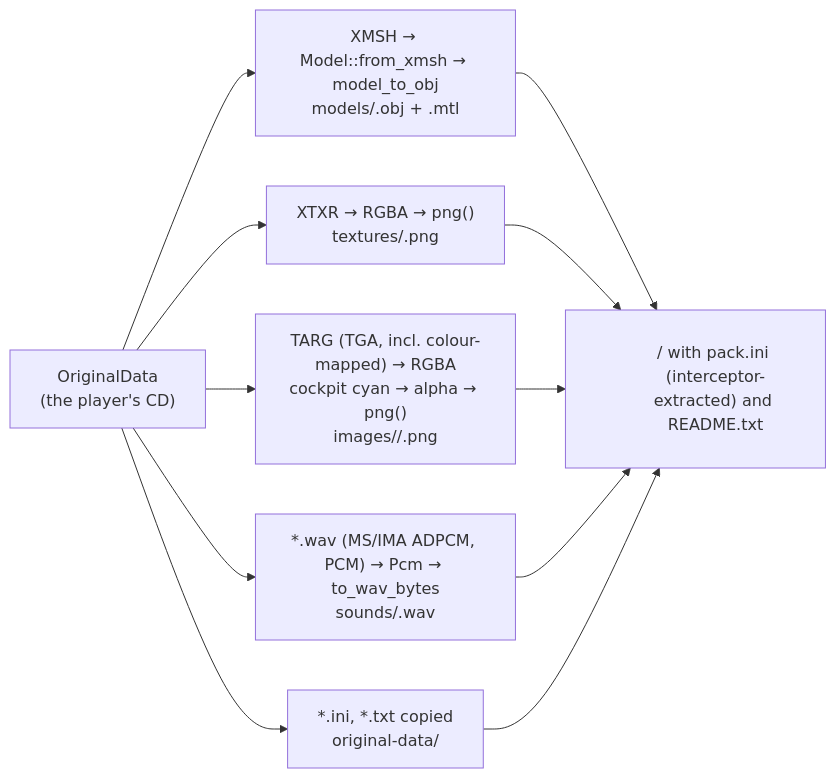
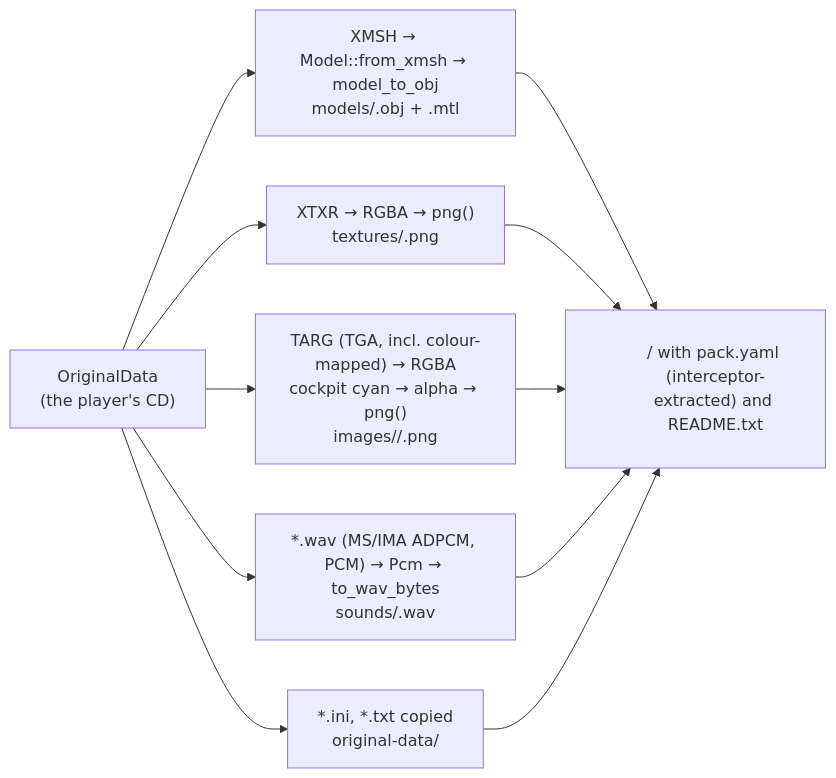
Before and after one commit to bbogovich/OpenInterceptor: the diagram in docs/architecture/extract.md, drawn with Mermaid. The commit also changed other lines of this file and 56 other files, not shown here.

````diff
--- a/docs/architecture/extract.md
+++ b/docs/architecture/extract.md
@@ -9,9 +9,9 @@
 ```mermaid
 flowchart LR
     CD["OriginalData<br/>(the player's CD)"] --> M["XMSH → Model::from_xmsh → model_to_obj<br/>models/<name>.obj + .mtl"]
     CD --> T["XTXR → RGBA → png()<br/>textures/<name>.png"]
     CD --> I["TARG (TGA, incl. colour-mapped) → RGBA<br/>cockpit cyan → alpha → png()<br/>images/<dll>/<id>.png"]
     CD --> S["*.wav (MS/IMA ADPCM, PCM) → Pcm → to_wav_bytes<br/>sounds/<name>.wav"]
     CD --> R["*.ini, *.txt copied<br/>original-data/"]
-    M & T & I & S & R --> OUT["<DIR>/ with pack.ini (interceptor-extracted) and README.txt"]
+    M & T & I & S & R --> OUT["<DIR>/ with pack.yaml (interceptor-extracted) and README.txt"]
 ```
````
